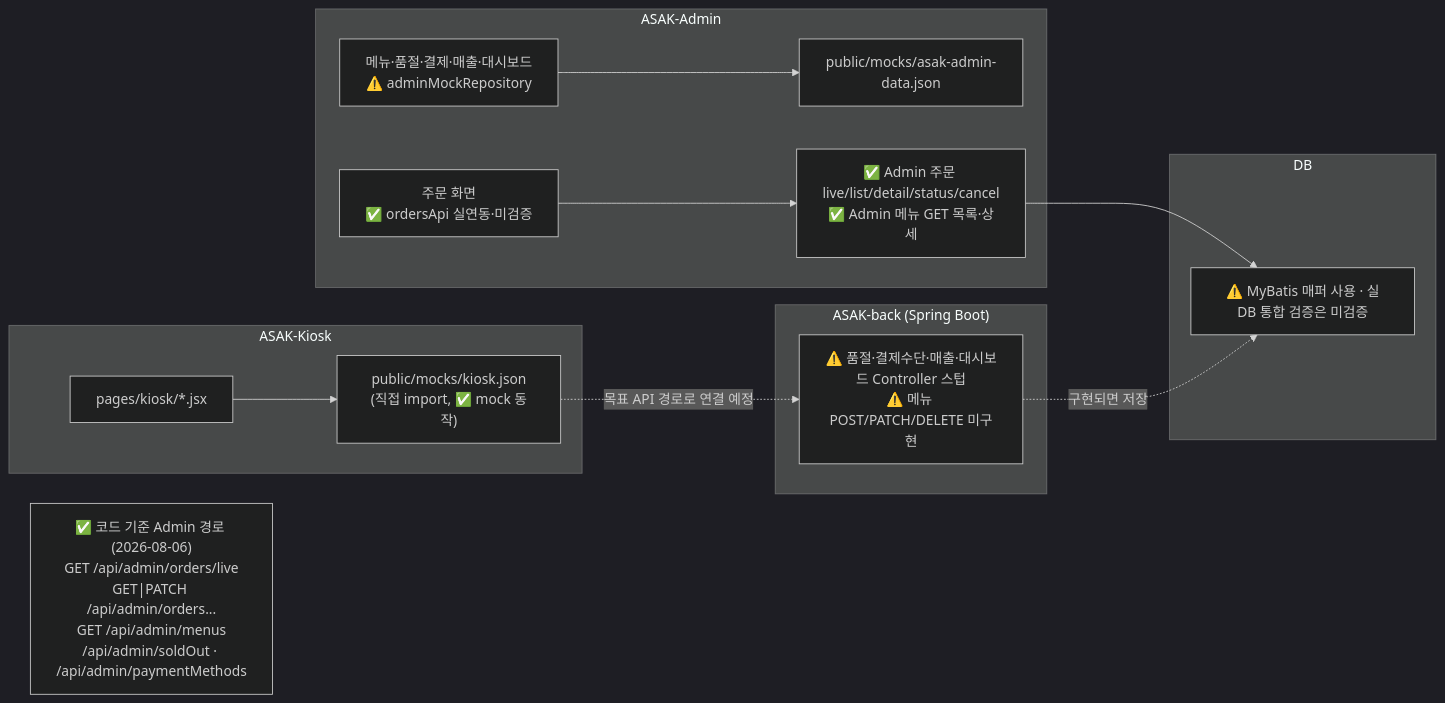
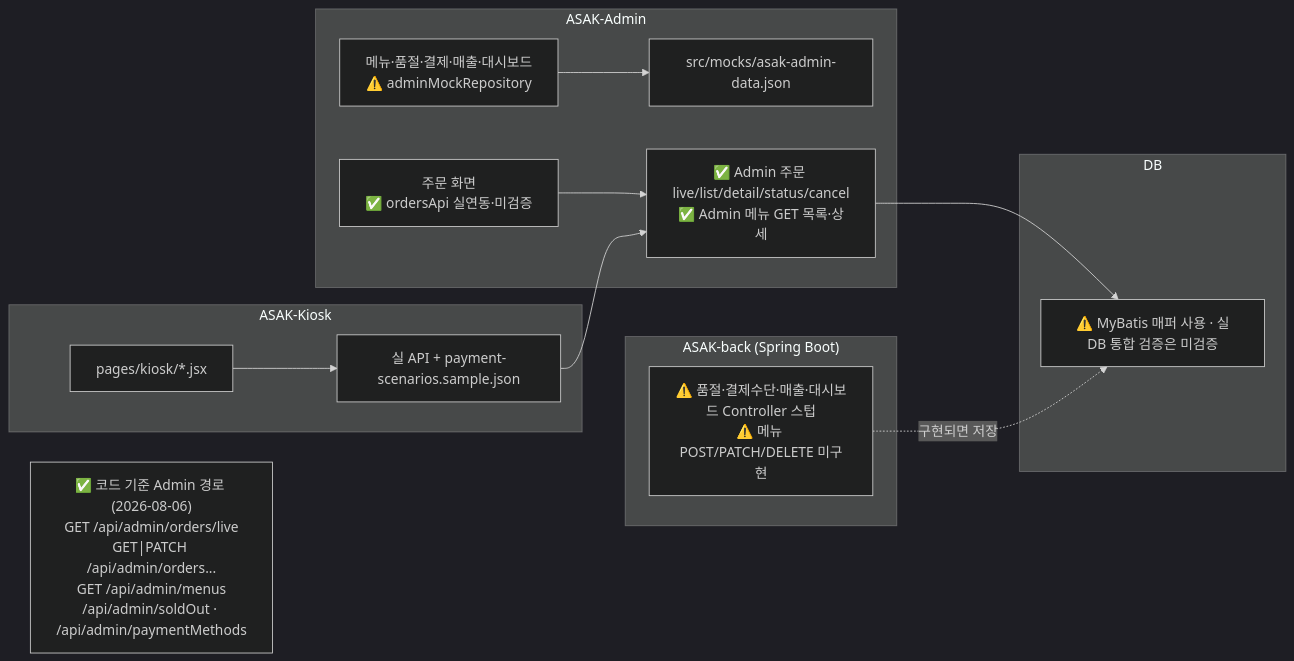
Before and after one commit to hagenie128/ASAK: the fourth of 6 diagrams in docs/wiki/project-flow.md, drawn with Mermaid (dark theme). The commit also changed other lines of this file and 311 other files, not shown here.

````diff
--- a/docs/wiki/project-flow.md
+++ b/docs/wiki/project-flow.md
@@ -143,31 +143,31 @@
 ```mermaid
 flowchart LR
     subgraph K["ASAK-Kiosk"]
         K1["pages/kiosk/*.jsx"]
-        K2["public/mocks/kiosk.json<br/>(직접 import, ✅ mock 동작)"]
+        K2["실 API + payment-scenarios.sample.json"]
         K1 --> K2
     end
 
     subgraph AD["ASAK-Admin"]
         A1["주문 화면<br/>✅ ordersApi 실연동·미검증"]
         A2["메뉴·품절·결제·매출·대시보드<br/>⚠️ adminMockRepository"]
-        A3["public/mocks/asak-admin-data.json"]
+        A3["src/mocks/asak-admin-data.json"]
         A1 --> B1
         A2 --> A3
     end
 
     subgraph B["ASAK-back (Spring Boot)"]
         B1["✅ Admin 주문 live/list/detail/status/cancel<br/>✅ Admin 메뉴 GET 목록·상세"]
         B2["⚠️ 품절·결제수단·매출·대시보드 Controller 스텁<br/>⚠️ 메뉴 POST/PATCH/DELETE 미구현"]
     end
 
     subgraph DB["DB"]
         D1["⚠️ MyBatis 매퍼 사용 · 실DB 통합 검증은 미검증"]
     end
 
-    K2 -. 목표 API 경로로 연결 예정 .-> B2
+    K2 --> B1
     B1 --> D1
     B2 -. 구현되면 저장 .-> D1
 
     CodePaths["✅ 코드 기준 Admin 경로 (2026-08-06)<br/>GET /api/admin/orders/live<br/>GET|PATCH /api/admin/orders...<br/>GET /api/admin/menus<br/>/api/admin/soldOut · /api/admin/paymentMethods"]
 ```
````
